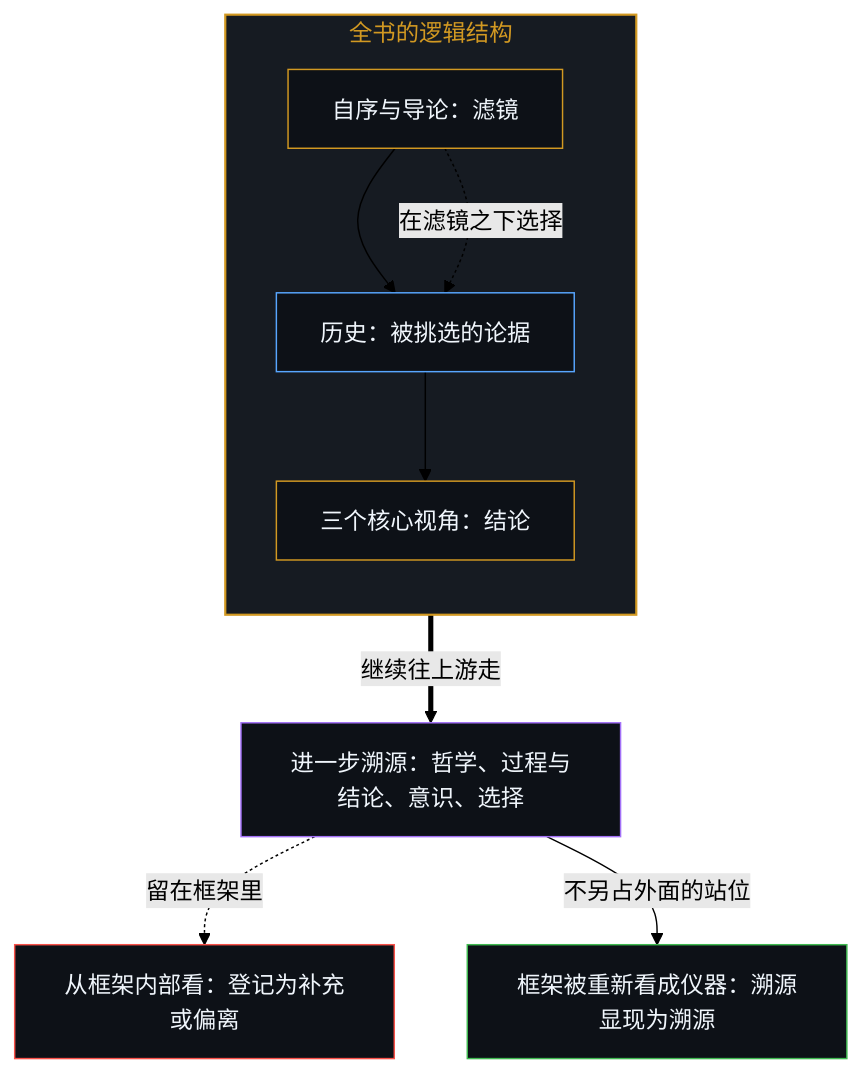
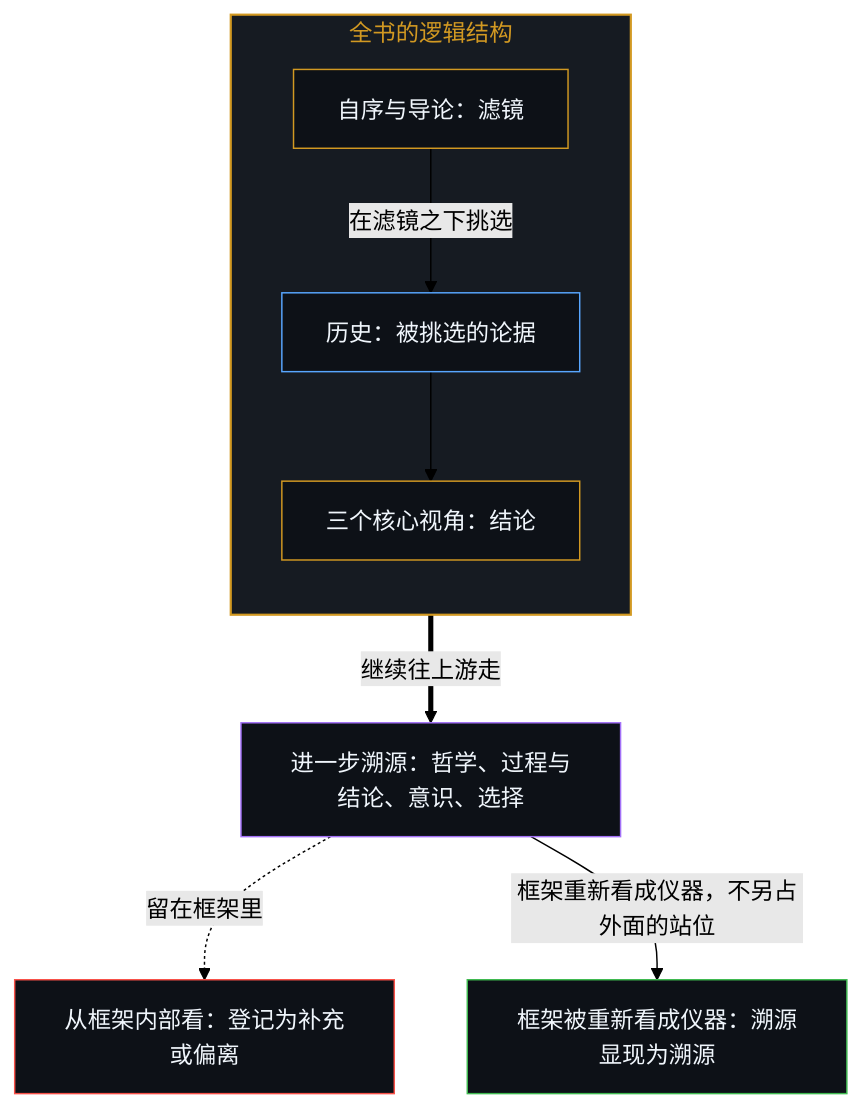
The first of 2 diagrams in content/posts/du-zhongwen-zhexue-jianshi-you-gan.md (powerpig99/not-a-toe), drawn with Mermaid (forest theme) before and after one commit. The commit also changed other lines of this file and 9 other files, not shown here.

````diff
--- a/content/posts/du-zhongwen-zhexue-jianshi-you-gan.md
+++ b/content/posts/du-zhongwen-zhexue-jianshi-you-gan.md
@@ -49,24 +49,23 @@
 ```mermaid
 flowchart TD
     subgraph S_Book["全书的逻辑结构"]
         direction TB
         P["自序与导论：滤镜"]
         H["历史：被挑选的论据"]
         C["三个核心视角：结论"]
     end
     U["进一步溯源：哲学、过程与结论、意识、选择"]
     In["从框架内部看：登记为补充或偏离"]
     Out["框架被重新看成仪器：溯源显现为溯源"]
-    P --> H --> C
-    P -.->|"在滤镜之下选择"| H
+    P -->|"在滤镜之下挑选"| H --> C
     P ==>|"继续往上游走"| U
     U -.->|"留在框架里"| In
-    U -->|"不另占外面的站位"| Out
+    U -->|"框架重新看成仪器，不另占外面的站位"| Out
     style S_Book fill:#161b22,stroke:#d29922,stroke-width:1.5px,color:#d29922
     style P fill:#0d1117,stroke:#d29922,stroke-width:1px,color:#f0f6fc
     style H fill:#0d1117,stroke:#58a6ff,stroke-width:1px,color:#f0f6fc
     style C fill:#0d1117,stroke:#d29922,stroke-width:1px,color:#f0f6fc
     style U fill:#0d1117,stroke:#a371f7,stroke-width:1px,color:#f0f6fc
     style In fill:#0d1117,stroke:#f85149,stroke-width:1px,color:#f0f6fc
     style Out fill:#0d1117,stroke:#3fb950,stroke-width:1px,color:#f0f6fc
 ```
````
